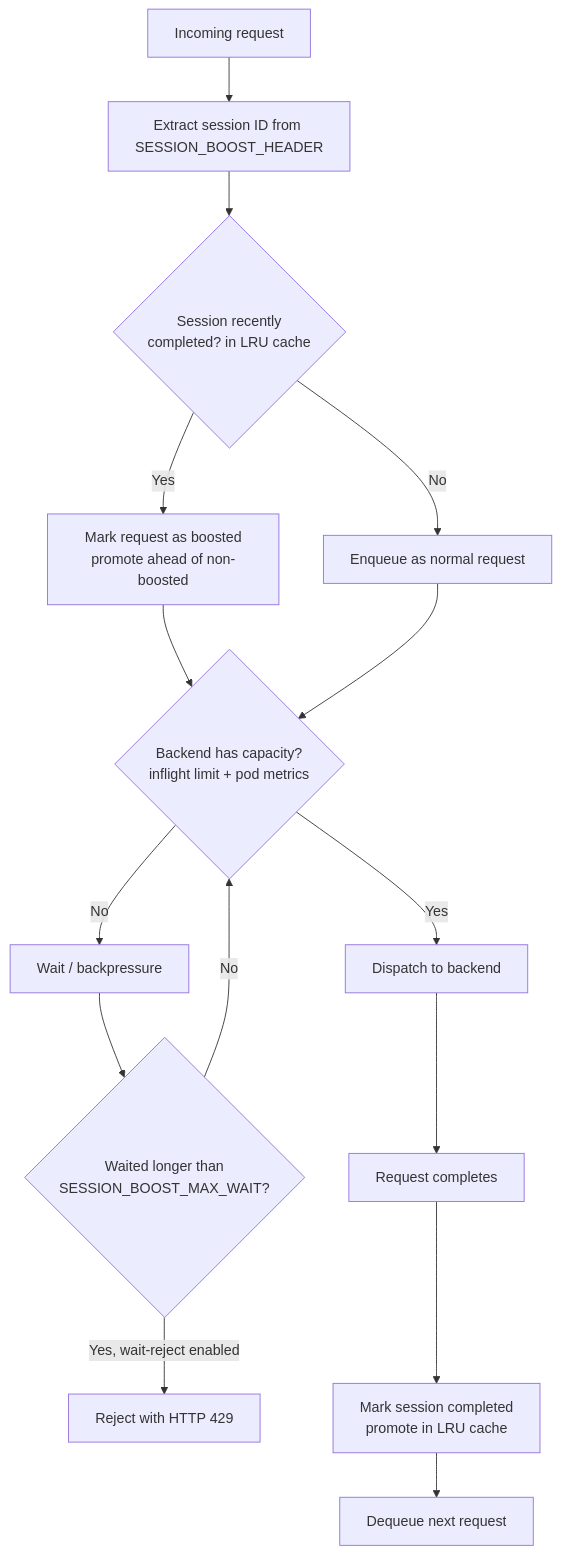
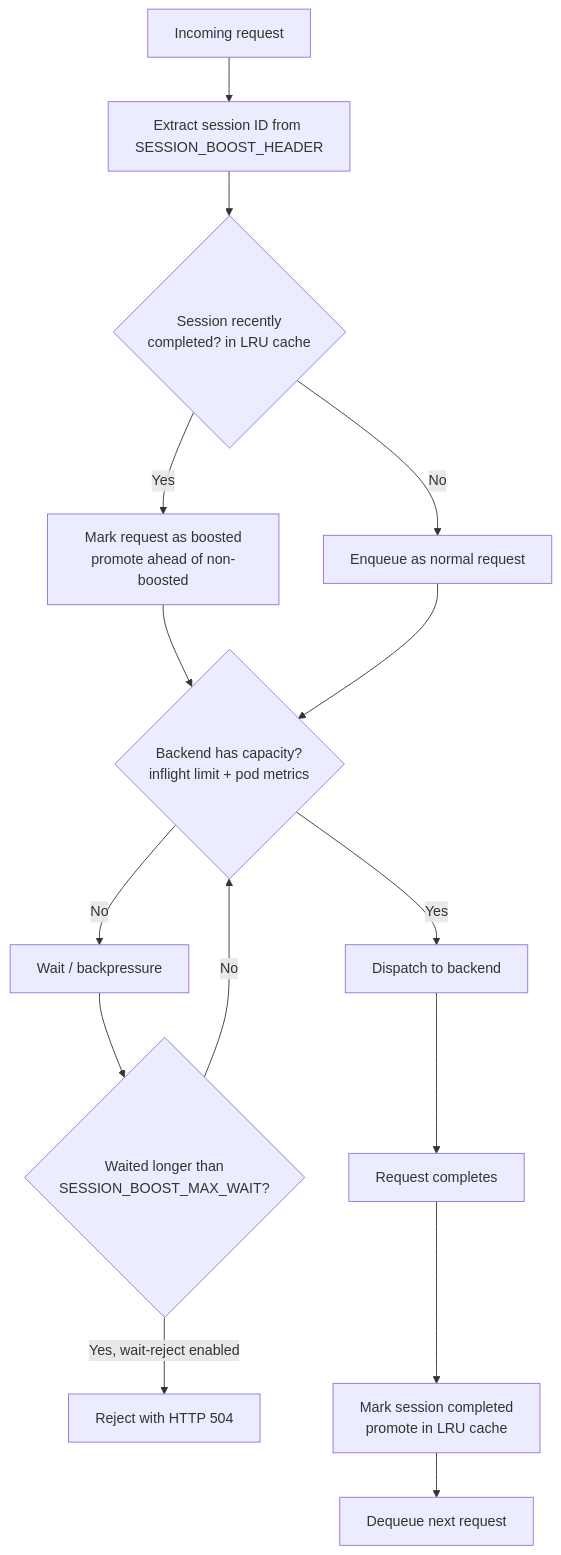
Before and after one commit to volcano-sh/kthena: the diagram in docs/kthena/docs/user-guide/session-boost.md, drawn with Mermaid. The commit also changed other lines of this file and 6 other files, not shown here.

````diff
--- a/docs/kthena/docs/user-guide/session-boost.md
+++ b/docs/kthena/docs/user-guide/session-boost.md
@@ -23,17 +23,17 @@
 ```mermaid
 flowchart TD
     A[Incoming request] --> B[Extract session ID from SESSION_BOOST_HEADER]
     B --> C{Session recently<br/>completed? in LRU cache}
     C -- Yes --> D[Mark request as boosted<br/>promote ahead of non-boosted]
     C -- No --> E[Enqueue as normal request]
     D --> F{Backend has capacity?<br/>inflight limit + pod metrics}
     E --> F
     F -- Yes --> G[Dispatch to backend]
     F -- No --> H[Wait / backpressure]
     H --> K{Waited longer than<br/>SESSION_BOOST_MAX_WAIT?}
-    K -- Yes, wait-reject enabled --> R[Reject with HTTP 429]
+    K -- Yes, wait-reject enabled --> R[Reject with HTTP 504]
     K -- No --> F
     G --> I[Request completes]
     I --> J[Mark session completed<br/>promote in LRU cache]
     J --> M[Dequeue next request]
 ```
````
